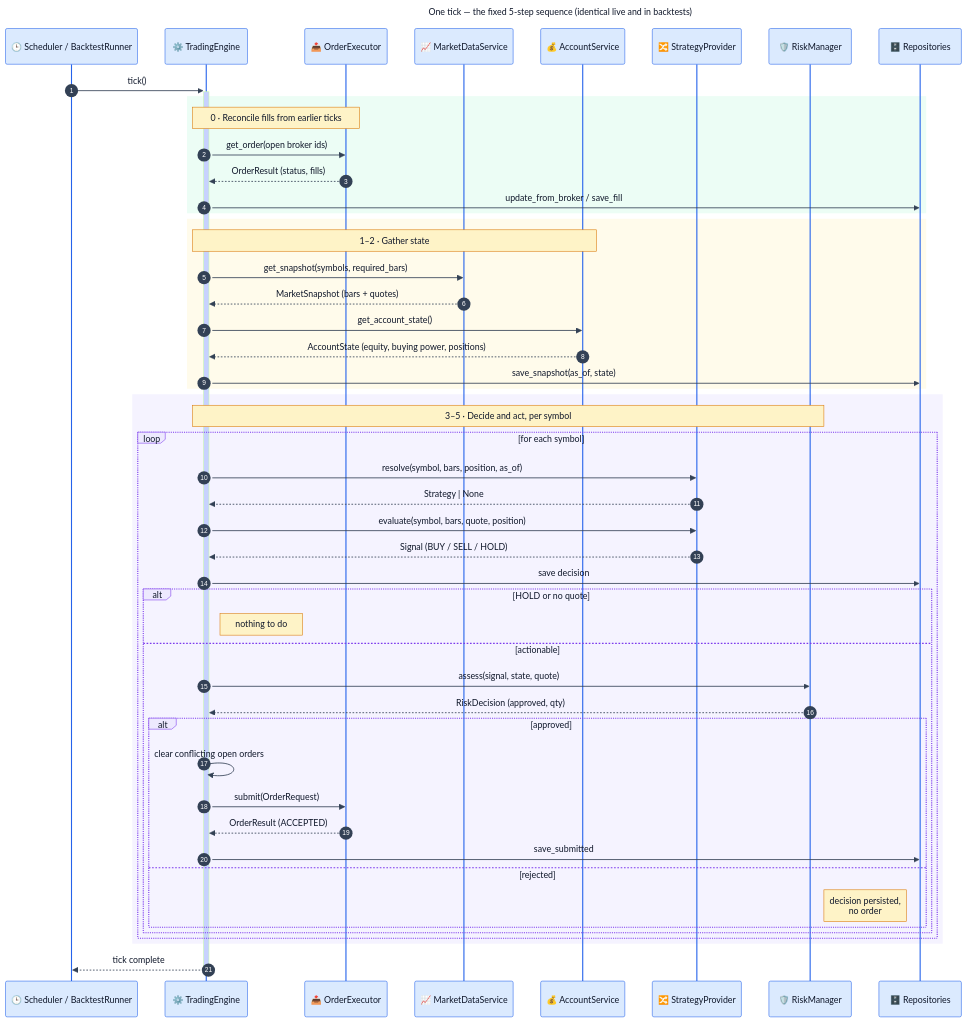
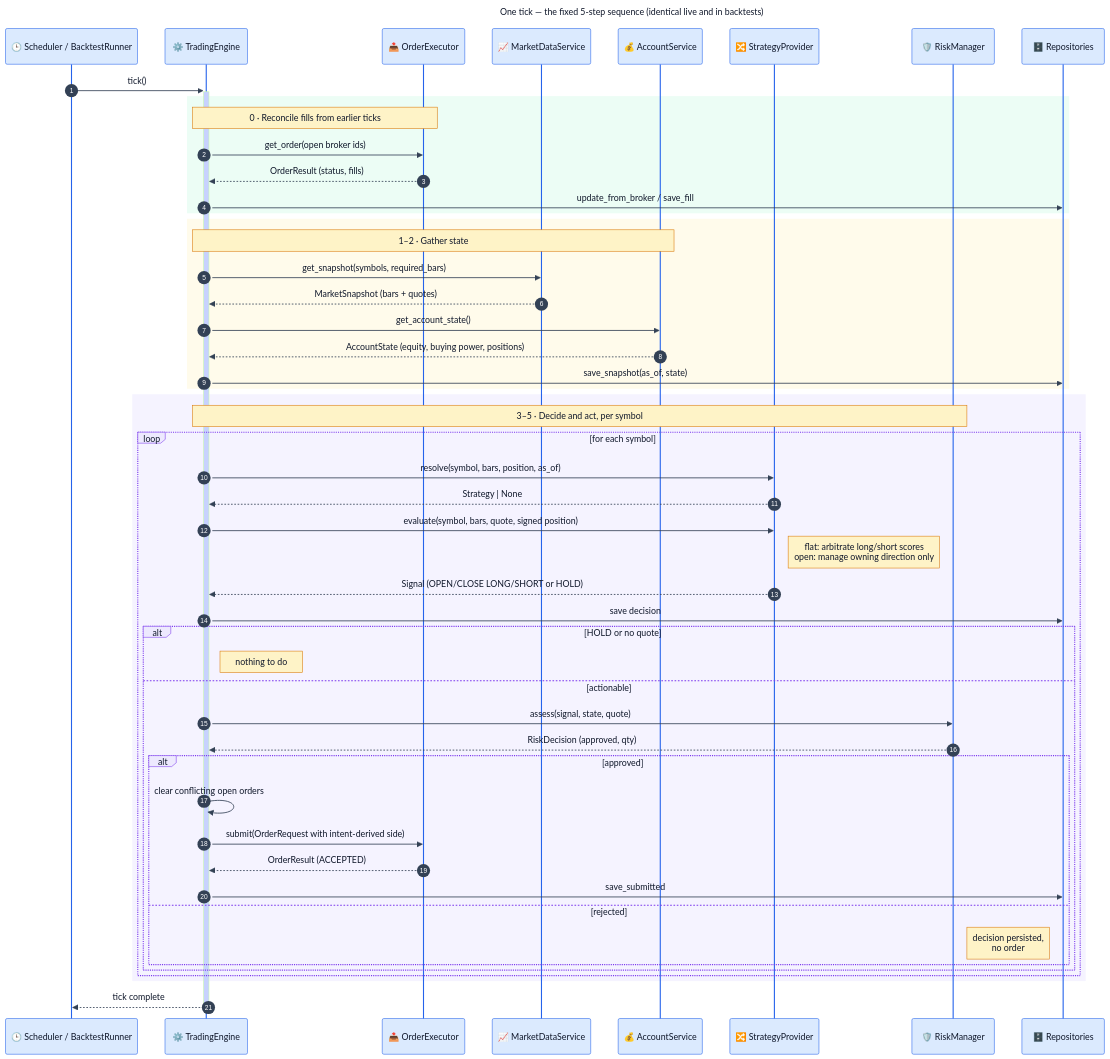
Before and after one commit to pasTa4667/carcharoth: the diagram in .claude/architecture/diagrams/tick-sequence.mmd, drawn with Mermaid. The commit also changed 61 other files, not shown here.

```diff
--- a/.claude/architecture/diagrams/tick-sequence.mmd
+++ b/.claude/architecture/diagrams/tick-sequence.mmd
@@ -1,67 +1,68 @@
 ---
 title: One tick — the fixed 5-step sequence (identical live and in backtests)
 ---
 %%{init: {'theme':'base','themeVariables':{
     'primaryColor':'#dbeafe','primaryBorderColor':'#2563eb','primaryTextColor':'#0f172a',
     'actorBkg':'#dbeafe','actorBorder':'#2563eb','actorTextColor':'#0f172a',
     'signalColor':'#334155','signalTextColor':'#0f172a',
     'noteBkgColor':'#fef3c7','noteBorderColor':'#d97706','noteTextColor':'#0f172a',
     'labelBoxBkgColor':'#ede9fe','labelBoxBorderColor':'#7c3aed',
     'sequenceNumberColor':'#ffffff','activationBkgColor':'#c7d2fe'
 }}}%%
 sequenceDiagram
     autonumber
     participant SCH as 🕒 Scheduler / BacktestRunner
     participant ENG as ⚙️ TradingEngine
     participant EXE as 📤 OrderExecutor
     participant MD as 📈 MarketDataService
     participant ACC as 💰 AccountService
     participant SP as 🔀 StrategyProvider
     participant RK as 🛡️ RiskManager
     participant DB as 🗄️ Repositories
 
     SCH->>+ENG: tick()
 
     rect rgb(236, 253, 245)
         Note over ENG,EXE: 0 · Reconcile fills from earlier ticks
         ENG->>EXE: get_order(open broker ids)
         EXE-->>ENG: OrderResult (status, fills)
         ENG->>DB: update_from_broker / save_fill
     end
 
     rect rgb(255, 251, 235)
         Note over ENG,ACC: 1–2 · Gather state
         ENG->>MD: get_snapshot(symbols, required_bars)
         MD-->>ENG: MarketSnapshot (bars + quotes)
         ENG->>ACC: get_account_state()
         ACC-->>ENG: AccountState (equity, buying power, positions)
         ENG->>DB: save_snapshot(as_of, state)
     end
 
     rect rgb(245, 243, 255)
         Note over ENG,RK: 3–5 · Decide and act, per symbol
         loop for each symbol
             ENG->>SP: resolve(symbol, bars, position, as_of)
             SP-->>ENG: Strategy | None
-            ENG->>SP: evaluate(symbol, bars, quote, position)
-            SP-->>ENG: Signal (BUY / SELL / HOLD)
+            ENG->>SP: evaluate(symbol, bars, quote, signed position)
+            Note right of SP: flat: arbitrate long/short scores<br/>open: manage owning direction only
+            SP-->>ENG: Signal (OPEN/CLOSE LONG/SHORT or HOLD)
             ENG->>DB: save decision
 
             alt HOLD or no quote
                 Note right of ENG: nothing to do
             else actionable
                 ENG->>RK: assess(signal, state, quote)
                 RK-->>ENG: RiskDecision (approved, qty)
                 alt approved
                     ENG->>ENG: clear conflicting open orders
-                    ENG->>EXE: submit(OrderRequest)
+                    ENG->>EXE: submit(OrderRequest with intent-derived side)
                     EXE-->>ENG: OrderResult (ACCEPTED)
                     ENG->>DB: save_submitted
                 else rejected
                     Note right of RK: decision persisted,<br/>no order
                 end
             end
         end
     end
 
     ENG-->>-SCH: tick complete
```
